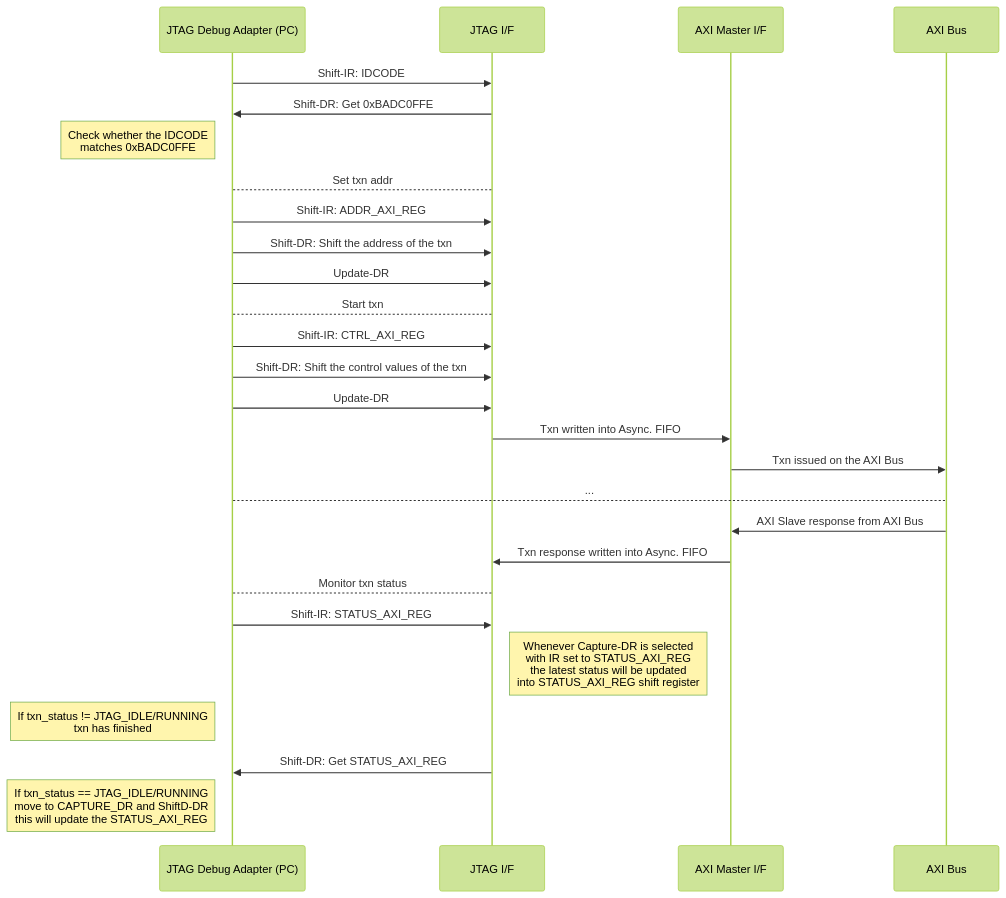
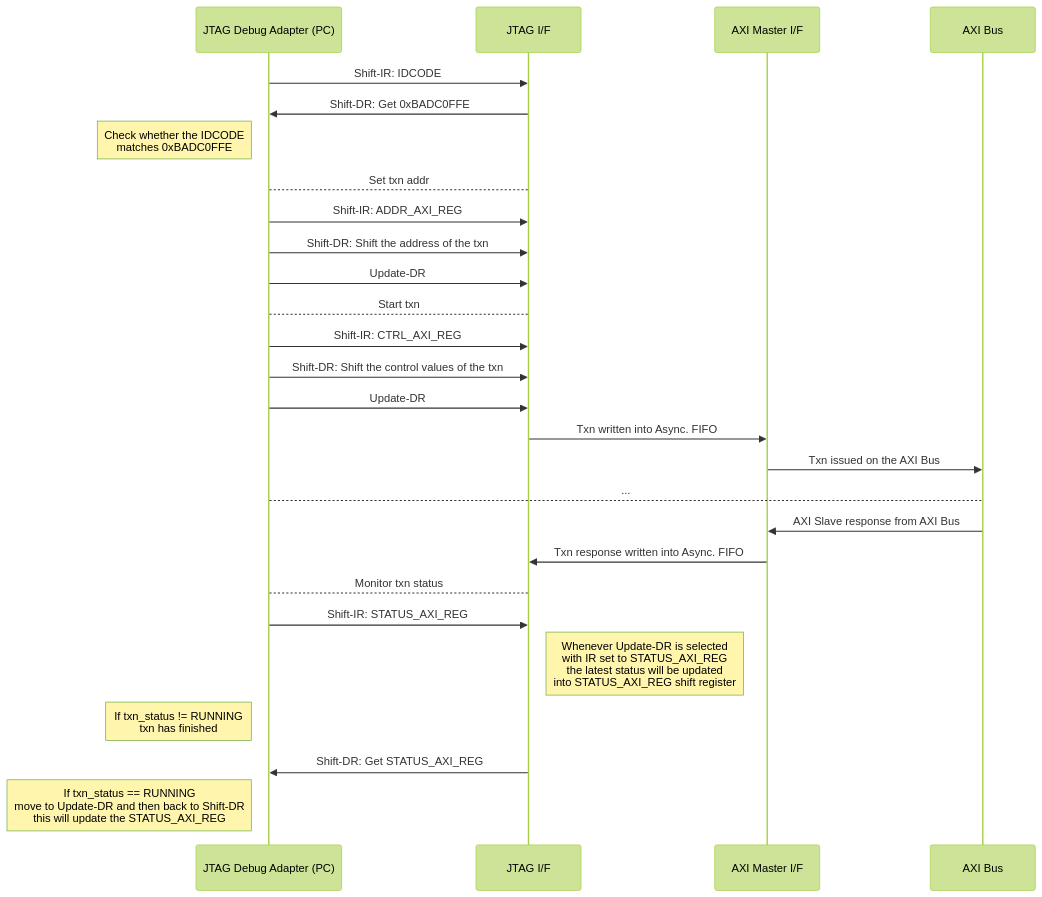
The second of 4 diagrams in README.md (aignacio/jtag_axi), drawn with Mermaid (forest theme) before and after one commit. The commit also changed other lines of this file and 6 other files, not shown here.

````diff
--- a/README.md
+++ b/README.md
@@ -94,28 +102,28 @@
 ```mermaid
 sequenceDiagram
 JTAG Debug Adapter (PC) ->> JTAG I/F: Shift-IR: IDCODE
 JTAG I/F ->> JTAG Debug Adapter (PC): Shift-DR: Get 0xBADC0FFE 
 Note left of JTAG Debug Adapter (PC): Check whether the IDCODE <br/> matches 0xBADC0FFE
 JTAG Debug Adapter (PC) --> JTAG I/F: Set txn addr
 JTAG Debug Adapter (PC) ->> JTAG I/F: Shift-IR: ADDR_AXI_REG
 JTAG Debug Adapter (PC) ->> JTAG I/F: Shift-DR: Shift the address of the txn
 JTAG Debug Adapter (PC) ->> JTAG I/F: Update-DR
 JTAG Debug Adapter (PC) --> JTAG I/F: Start txn
 JTAG Debug Adapter (PC) ->> JTAG I/F: Shift-IR: CTRL_AXI_REG
 JTAG Debug Adapter (PC) ->> JTAG I/F: Shift-DR: Shift the control values of the txn
 JTAG Debug Adapter (PC) ->> JTAG I/F: Update-DR
 
 JTAG I/F ->> AXI Master I/F: Txn written into Async. FIFO
 AXI Master I/F ->> AXI Bus: Txn issued on the AXI Bus
 JTAG Debug Adapter (PC) --> AXI Bus: ...
 AXI Bus ->> AXI Master I/F: AXI Slave response from AXI Bus
 AXI Master I/F ->> JTAG I/F: Txn response written into Async. FIFO
 
 JTAG Debug Adapter (PC) --> JTAG I/F: Monitor txn status
 JTAG Debug Adapter (PC) ->> JTAG I/F: Shift-IR: STATUS_AXI_REG
-Note right of JTAG I/F: Whenever Capture-DR is selected <br/> with IR set to STATUS_AXI_REG <br/> the latest status will be updated <br/> into STATUS_AXI_REG shift register
-Note left of JTAG Debug Adapter (PC): If txn_status != JTAG_IDLE/RUNNING <br/> txn has finished
+Note right of JTAG I/F: Whenever Update-DR is selected <br/> with IR set to STATUS_AXI_REG <br/> the latest status will be updated <br/> into STATUS_AXI_REG shift register
+Note left of JTAG Debug Adapter (PC): If txn_status != RUNNING <br/> txn has finished
 JTAG I/F ->> JTAG Debug Adapter (PC): Shift-DR: Get STATUS_AXI_REG
 
-Note left of JTAG Debug Adapter (PC): If txn_status == JTAG_IDLE/RUNNING <br/> move to CAPTURE_DR and ShiftD-DR <br/> this will update the STATUS_AXI_REG
+Note left of JTAG Debug Adapter (PC): If txn_status == RUNNING <br/> move to Update-DR and then back to Shift-DR <br/> this will update the STATUS_AXI_REG
 ```
````
